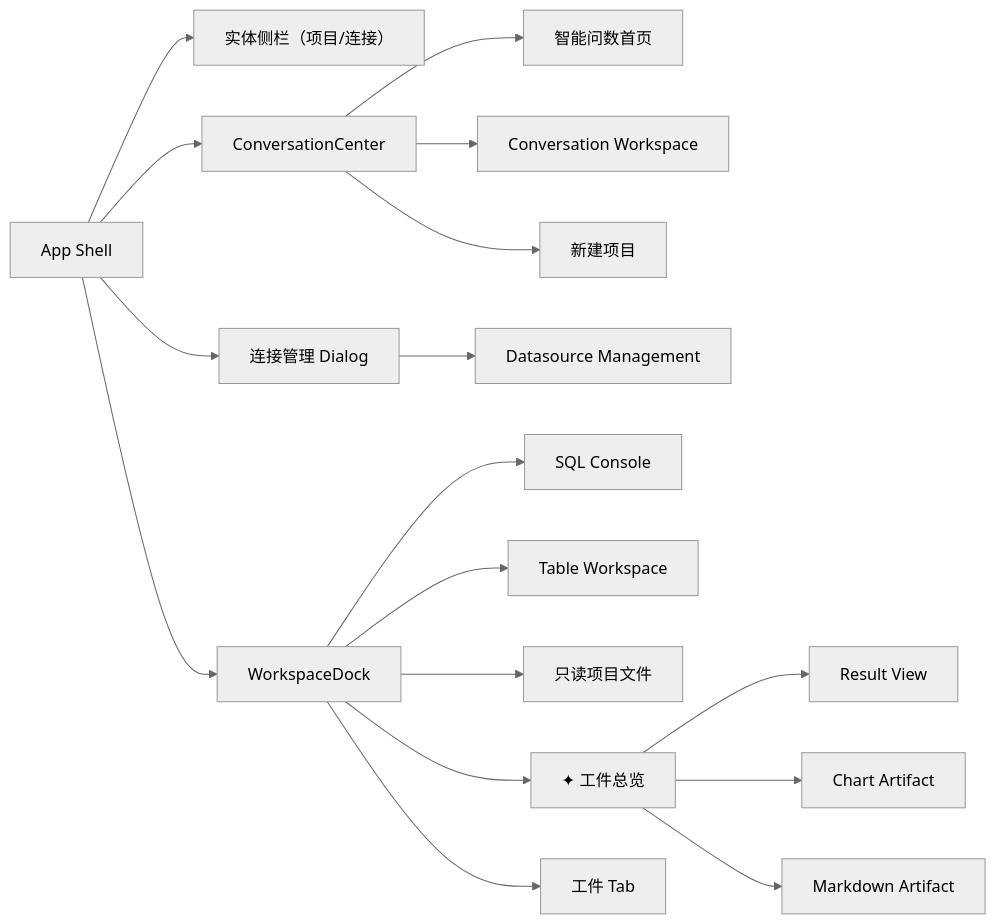
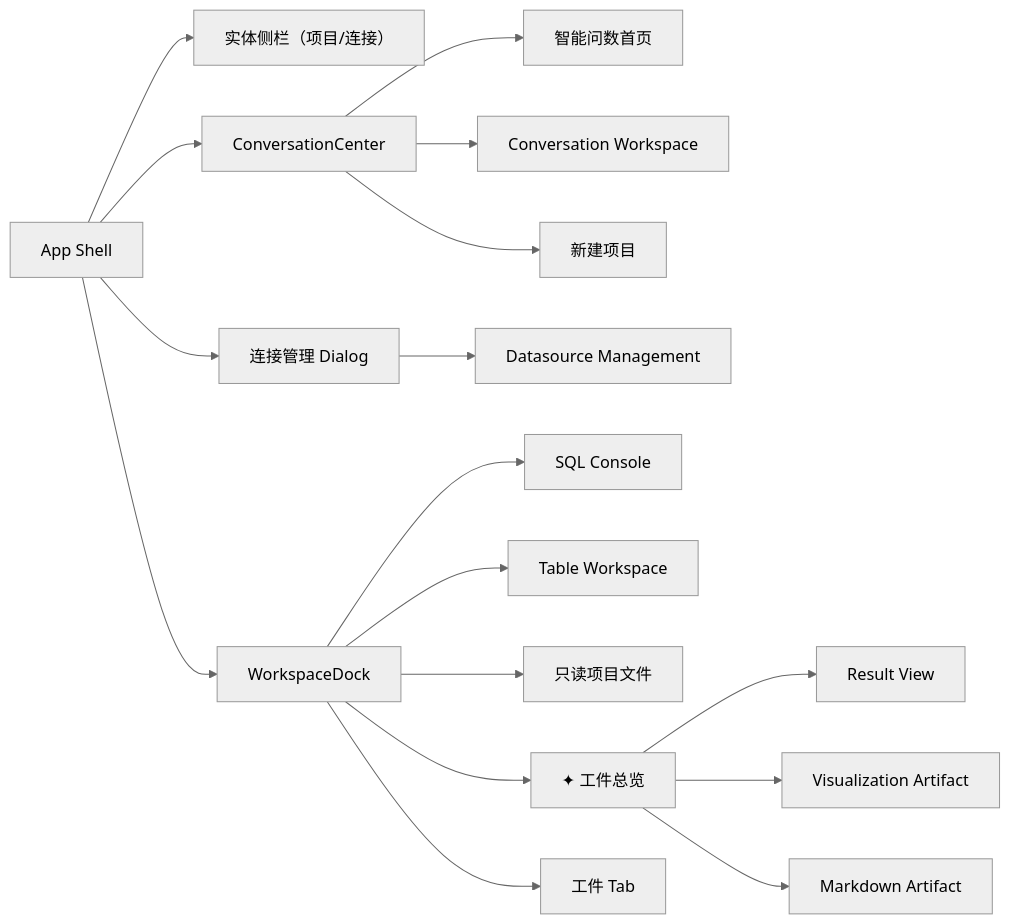
One commit to trrueee/DBFox changed the second of 5 diagrams in docs/architecture/frontend.md. Above: the diagram before and after it, drawn with Mermaid (neutral theme). The commit also changed other lines of this file and 86 other files, not shown here.

````diff
--- a/docs/architecture/frontend.md
+++ b/docs/architecture/frontend.md
@@ -82,23 +82,23 @@
 ```mermaid
 flowchart LR
   APP["App Shell"] --> TREE["实体侧栏（项目/连接）"]
   APP --> CENTER["ConversationCenter"]
   APP --> DOCK["WorkspaceDock"]
   APP --> MODAL["连接管理 Dialog"]
 
   CENTER --> HOME["智能问数首页"]
   CENTER --> CONV["Conversation Workspace"]
   CENTER --> PROJECT["新建项目"]
 
   MODAL --> DS["Datasource Management"]
 
   DOCK --> SQL["SQL Console"]
   DOCK --> TABLE["Table Workspace"]
   DOCK --> FILE["只读项目文件"]
   DOCK --> ARTIFACTS["✦ 工件总览"]
   DOCK --> ARTIFACT["工件 Tab"]
 
   ARTIFACTS --> RESULT["Result View"]
-  ARTIFACTS --> CHART["Chart Artifact"]
+  ARTIFACTS --> VIZ["Visualization Artifact"]
   ARTIFACTS --> NOTE["Markdown Artifact"]
 ```
````
